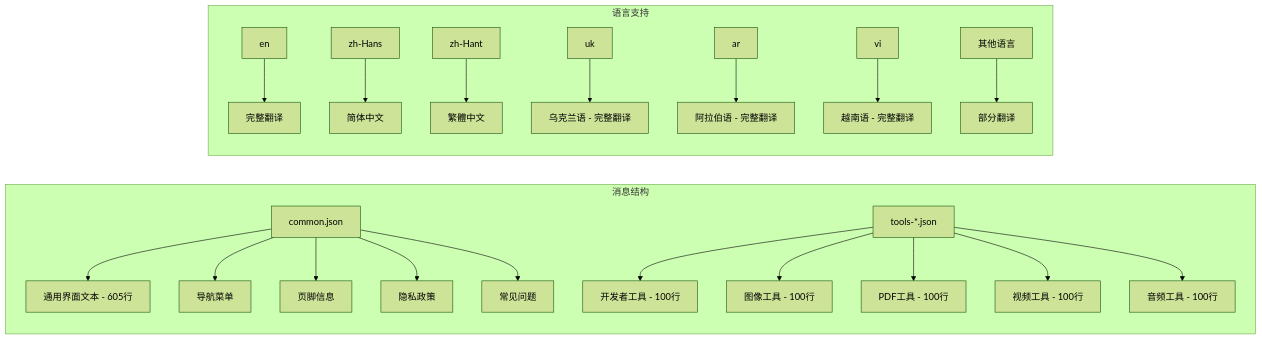
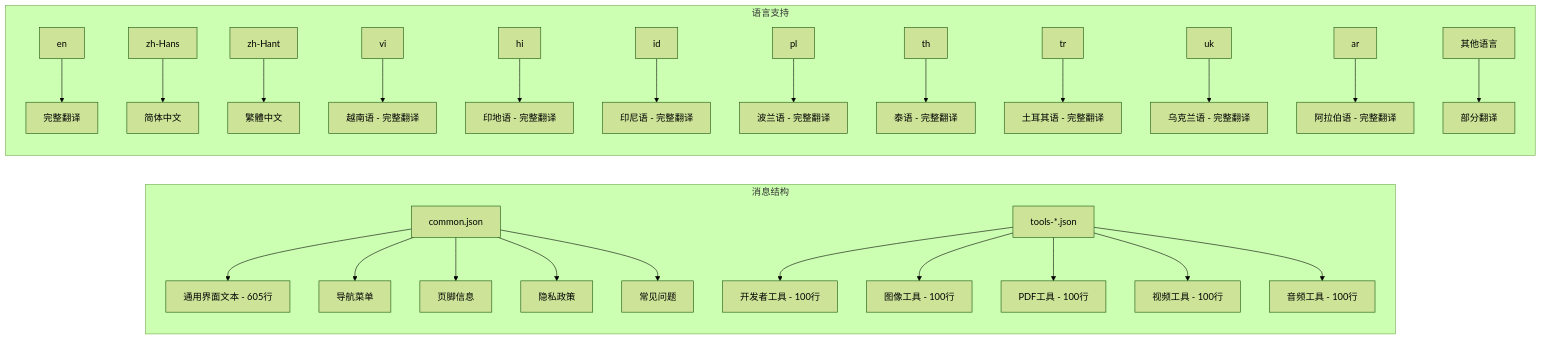
The fifth of 14 diagrams in .qoder/repowiki/zh/content/技术架构/国际化系统.md (sgyy/privadeck), drawn with Mermaid (forest theme) before and after one commit. The commit also changed other lines of this file and 3 other files, not shown here.

````diff
--- a/.qoder/repowiki/zh/content/技术架构/国际化系统.md
+++ b/.qoder/repowiki/zh/content/技术架构/国际化系统.md
@@ -332,24 +334,29 @@
 ```mermaid
 graph LR
 subgraph "消息结构"
 A[common.json] --> A1[通用界面文本 - 605行]
 A --> A2[导航菜单]
 A --> A3[页脚信息]
 A --> A4[隐私政策]
 A --> A5[常见问题]
 B[tools-*.json] --> B1[开发者工具 - 100行]
 B --> B2[图像工具 - 100行]
 B --> B3[PDF工具 - 100行]
 B --> B4[视频工具 - 100行]
 B --> B5[音频工具 - 100行]
 end
 subgraph "语言支持"
 C[en] --> C1[完整翻译]
 D[zh-Hans] --> D1[简体中文]
 E[zh-Hant] --> E1[繁體中文]
-F[uk] --> F1[乌克兰语 - 完整翻译]
-G[ar] --> G1[阿拉伯语 - 完整翻译]
-H[vi] --> H1[越南语 - 完整翻译]
-I[其他语言] --> I1[部分翻译]
+F[vi] --> F1[越南语 - 完整翻译]
+G[hi] --> G1[印地语 - 完整翻译]
+H[id] --> H1[印尼语 - 完整翻译]
+I[pl] --> I1[波兰语 - 完整翻译]
+J[th] --> J1[泰语 - 完整翻译]
+K[tr] --> K1[土耳其语 - 完整翻译]
+L[uk] --> L1[乌克兰语 - 完整翻译]
+M[ar] --> M1[阿拉伯语 - 完整翻译]
+N[其他语言] --> N1[部分翻译]
 end
 ```
````
